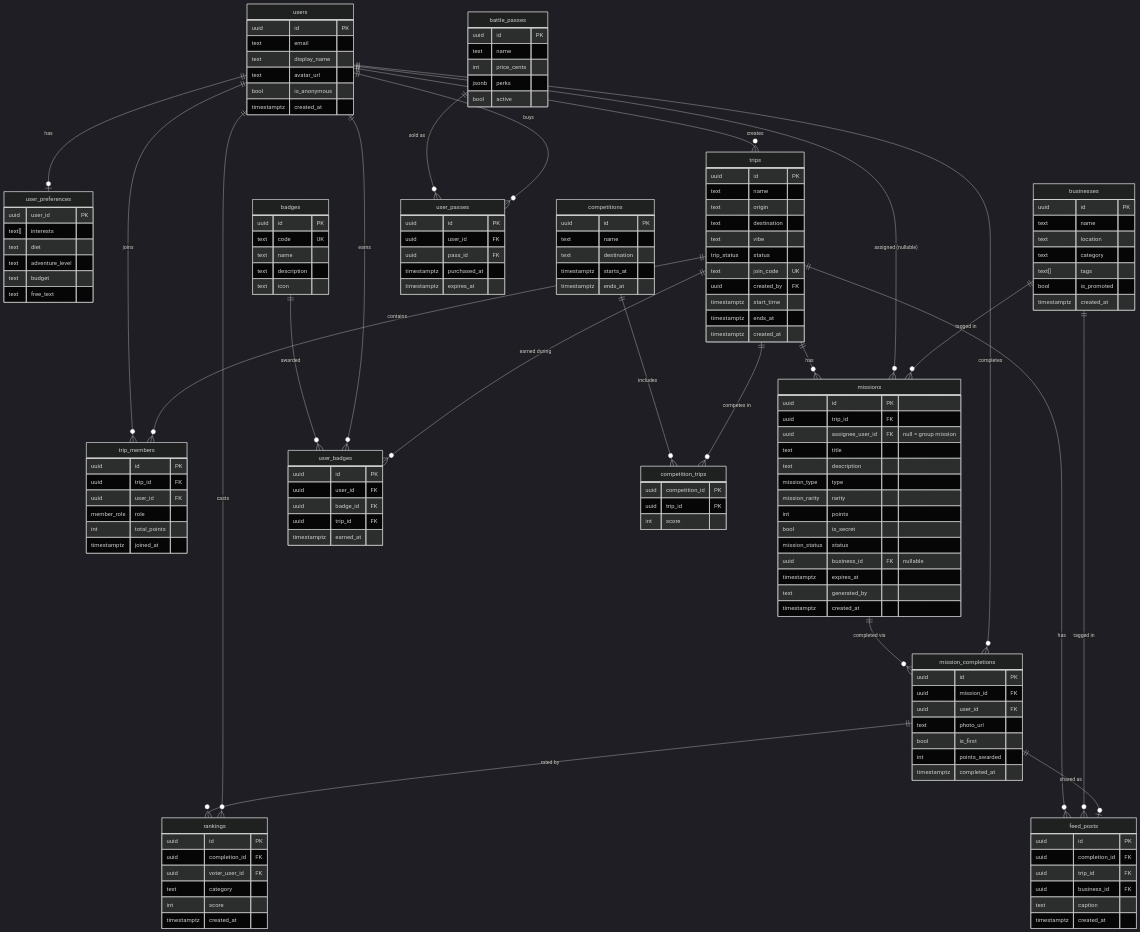
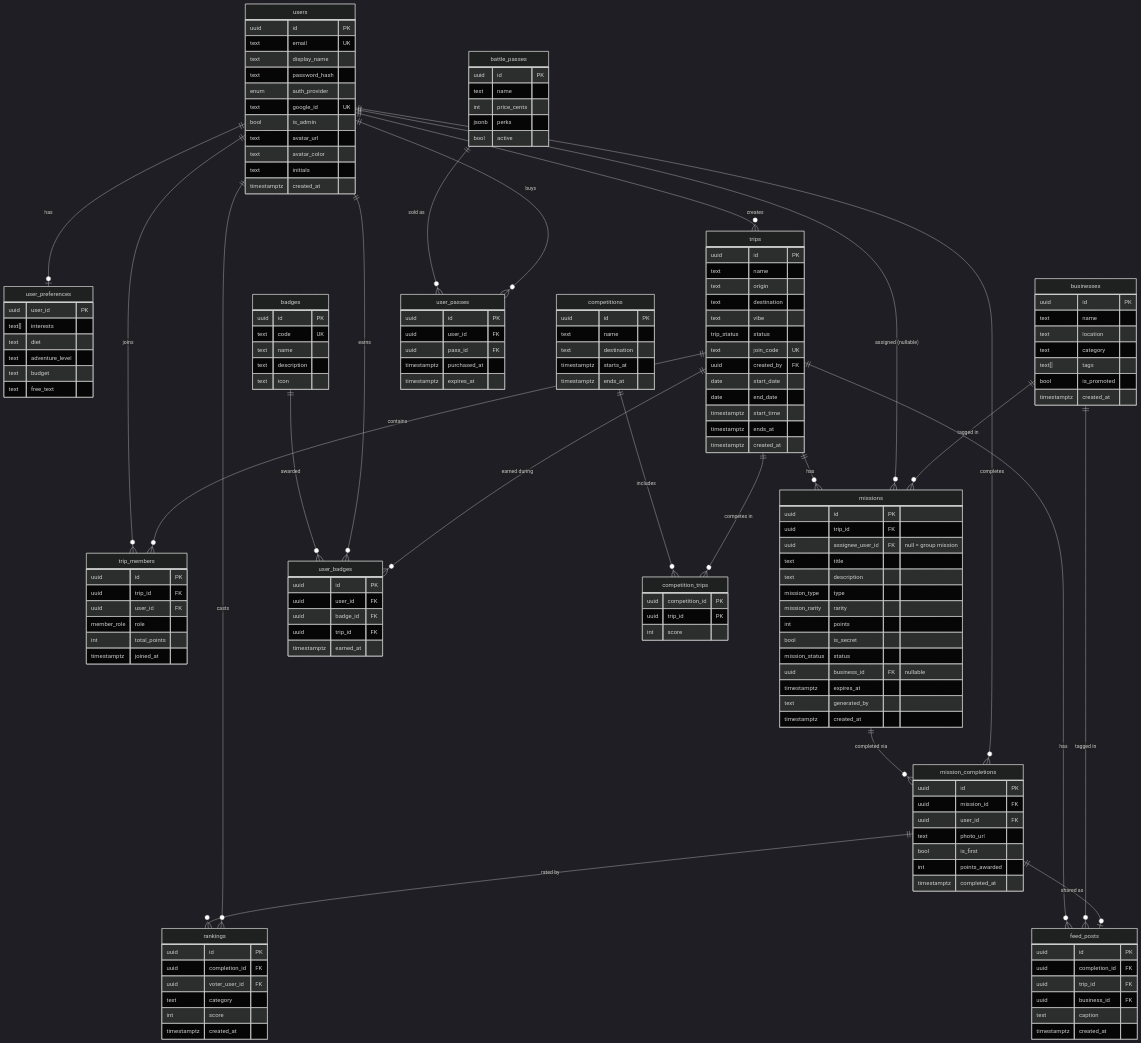
One commit to IsraarHamid/sidequest changed the diagram in DATABASE.md. Above: the diagram before and after it, drawn with Mermaid (dark theme). The commit also changed other lines of this file and 10 other files, not shown here.

First line of the commit message:
Auth: welcome-first flow, admin override, Google stub; DB schema for full app

```diff
--- a/DATABASE.md
+++ b/DATABASE.md
@@ -57,10 +57,15 @@
 
     users {
         uuid id PK
-        text email
+        text email UK
         text display_name
+        text password_hash
+        enum auth_provider
+        text google_id UK
+        bool is_admin
         text avatar_url
-        bool is_anonymous
+        text avatar_color
+        text initials
         timestamptz created_at
     }
     user_preferences {
@@ -80,6 +85,8 @@
         trip_status status
         text join_code UK
         uuid created_by FK
+        date start_date
+        date end_date
         timestamptz start_time
         timestamptz ends_at
         timestamptz created_at
```
